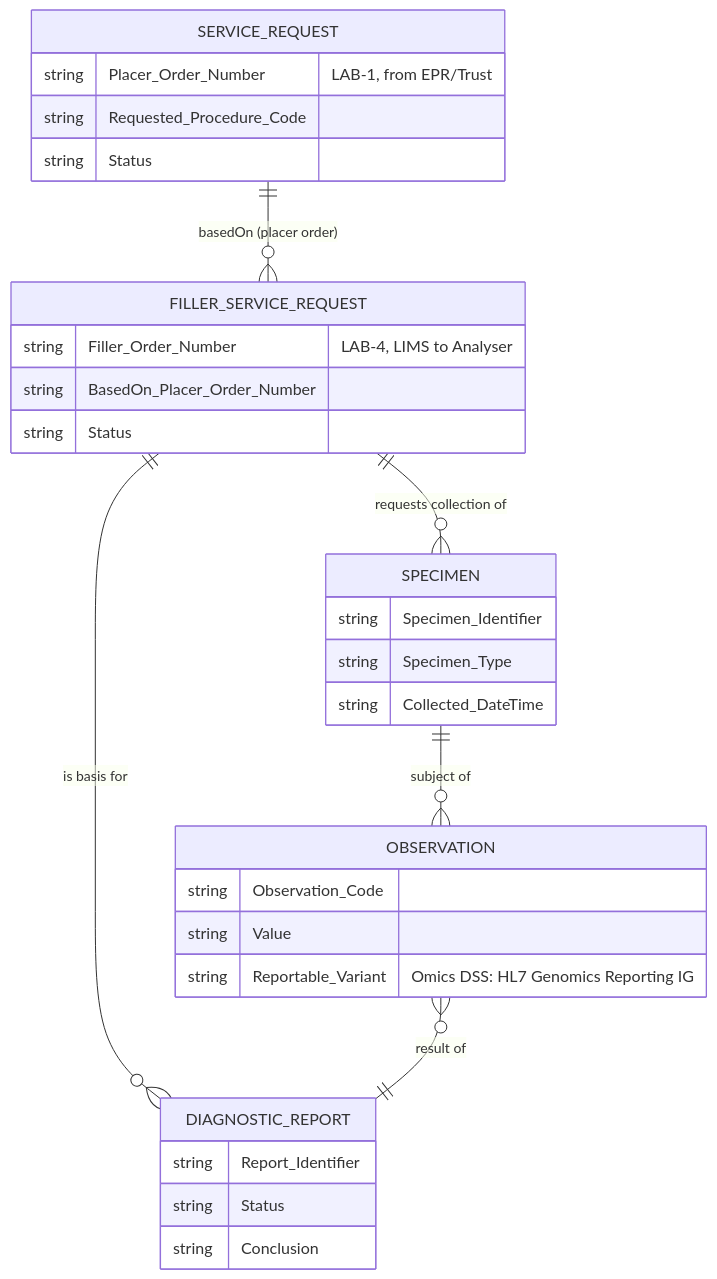
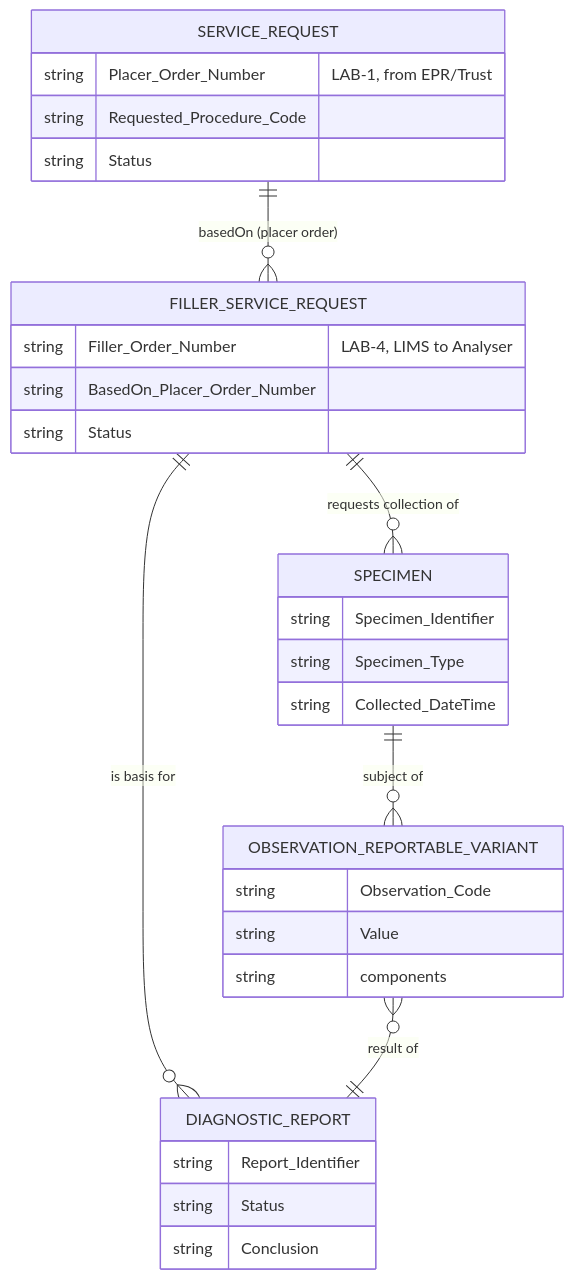
Before and after one commit to nw-gmsa/nw-gmsa.github.com: the sixth of 7 diagrams in input/pagecontent/overview.md, drawn with Mermaid. The commit also changed other lines of this file, not shown here.

Commit message:
Overview diagram

````diff
--- a/input/pagecontent/overview.md
+++ b/input/pagecontent/overview.md
@@ -311,35 +311,35 @@
 ```mermaid
 erDiagram
     SERVICE_REQUEST ||--o{ FILLER_SERVICE_REQUEST : "basedOn (placer order)"
     FILLER_SERVICE_REQUEST ||--o{ SPECIMEN : "requests collection of"
 
     FILLER_SERVICE_REQUEST ||--o{ DIAGNOSTIC_REPORT : "is basis for"
-    SPECIMEN ||--o{ OBSERVATION : "subject of"
-    OBSERVATION }o--|| DIAGNOSTIC_REPORT : "result of"
+    SPECIMEN ||--o{ OBSERVATION_REPORTABLE_VARIANT : "subject of"
+    OBSERVATION_REPORTABLE_VARIANT }o--|| DIAGNOSTIC_REPORT : "result of"
 
     SERVICE_REQUEST {
         string Placer_Order_Number "LAB-1, from EPR/Trust"
         string Requested_Procedure_Code
         string Status
     }
     FILLER_SERVICE_REQUEST {
         string Filler_Order_Number "LAB-4, LIMS to Analyser"
         string BasedOn_Placer_Order_Number
         string Status
     }
     SPECIMEN {
         string Specimen_Identifier
         string Specimen_Type
         string Collected_DateTime
     }
-    OBSERVATION {
+    OBSERVATION_REPORTABLE_VARIANT {
         string Observation_Code
         string Value
-        string Reportable_Variant "Omics DSS: HL7 Genomics Reporting IG"
+        string components
     }
     DIAGNOSTIC_REPORT {
         string Report_Identifier
         string Status
         string Conclusion
     }
 ```
````
